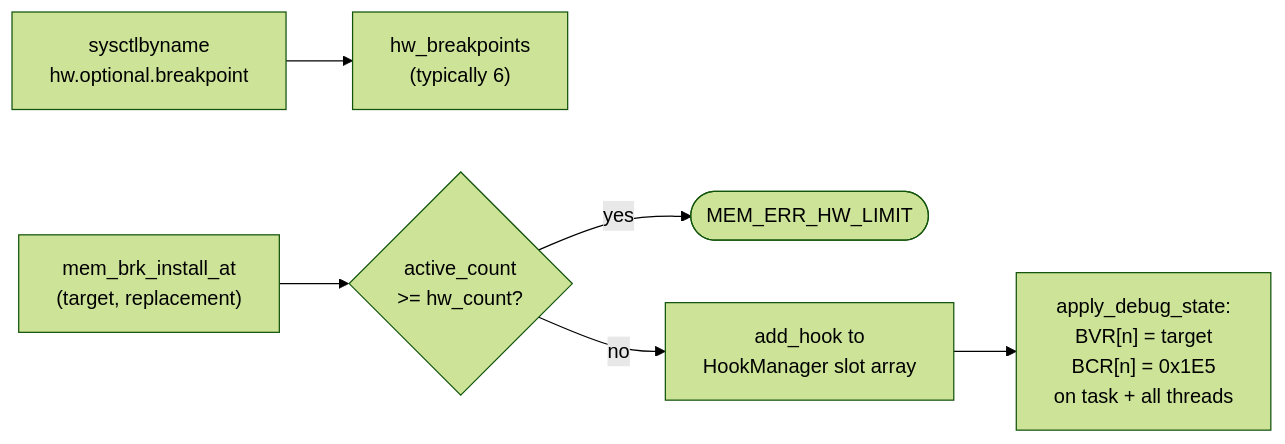
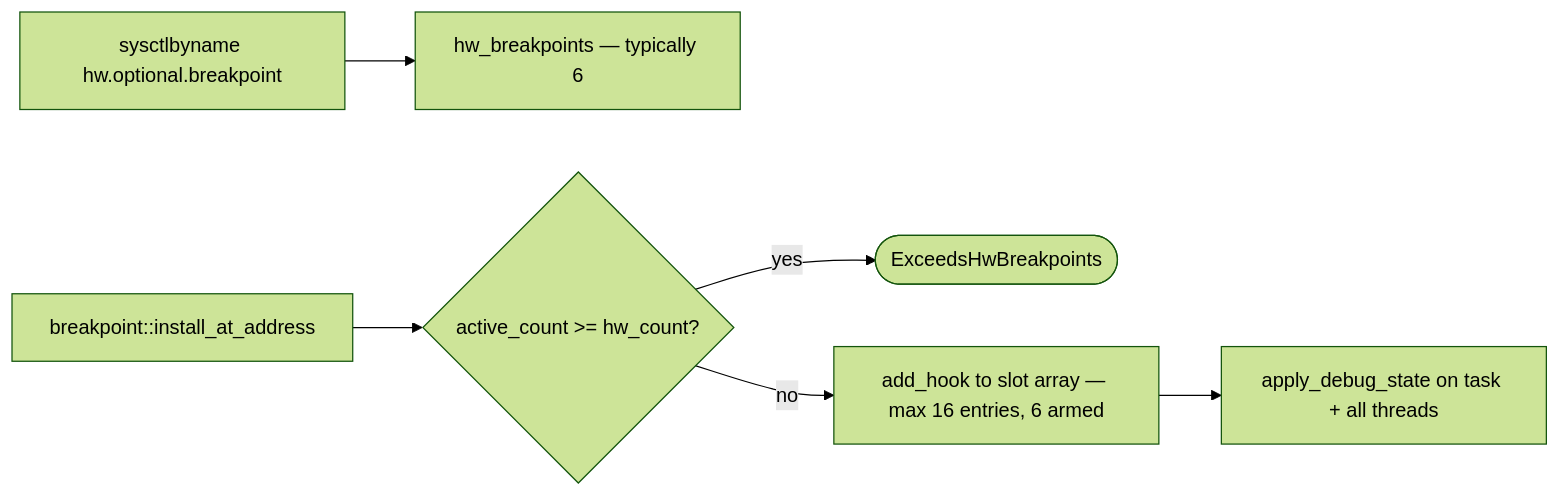
One commit to Batchhh/libspecter changed diagram 12 of 20 in docs/architecture.md. Above: the diagram before and after it, drawn with Mermaid (forest theme). The commit also changed other lines of this file and 7 other files, not shown here.

````diff
--- a/docs/architecture.md
+++ b/docs/architecture.md
@@ -316,8 +335,8 @@
 ```mermaid
 flowchart LR
-    sysctl["sysctlbyname<br/>hw.optional.breakpoint"] --> hw_count["hw_breakpoints<br/>(typically 6)"]
-    install["mem_brk_install_at<br/>(target, replacement)"] --> check{"active_count<br/>>= hw_count?"}
-    check -->|yes| err(["MEM_ERR_HW_LIMIT"])
-    check -->|no| slot["add_hook to<br/>HookManager slot array"]
-    slot --> dbg["apply_debug_state:<br/>BVR[n] = target<br/>BCR[n] = 0x1E5<br/>on task + all threads"]
+    sysctl[sysctlbyname hw.optional.breakpoint] --> hw_count[hw_breakpoints — typically 6]
+    install[breakpoint::install_at_address] --> check{active_count >= hw_count?}
+    check -->|yes| err([ExceedsHwBreakpoints])
+    check -->|no| slot[add_hook to slot array — max 16 entries, 6 armed]
+    slot --> dbg[apply_debug_state on task + all threads]
 ```
````
